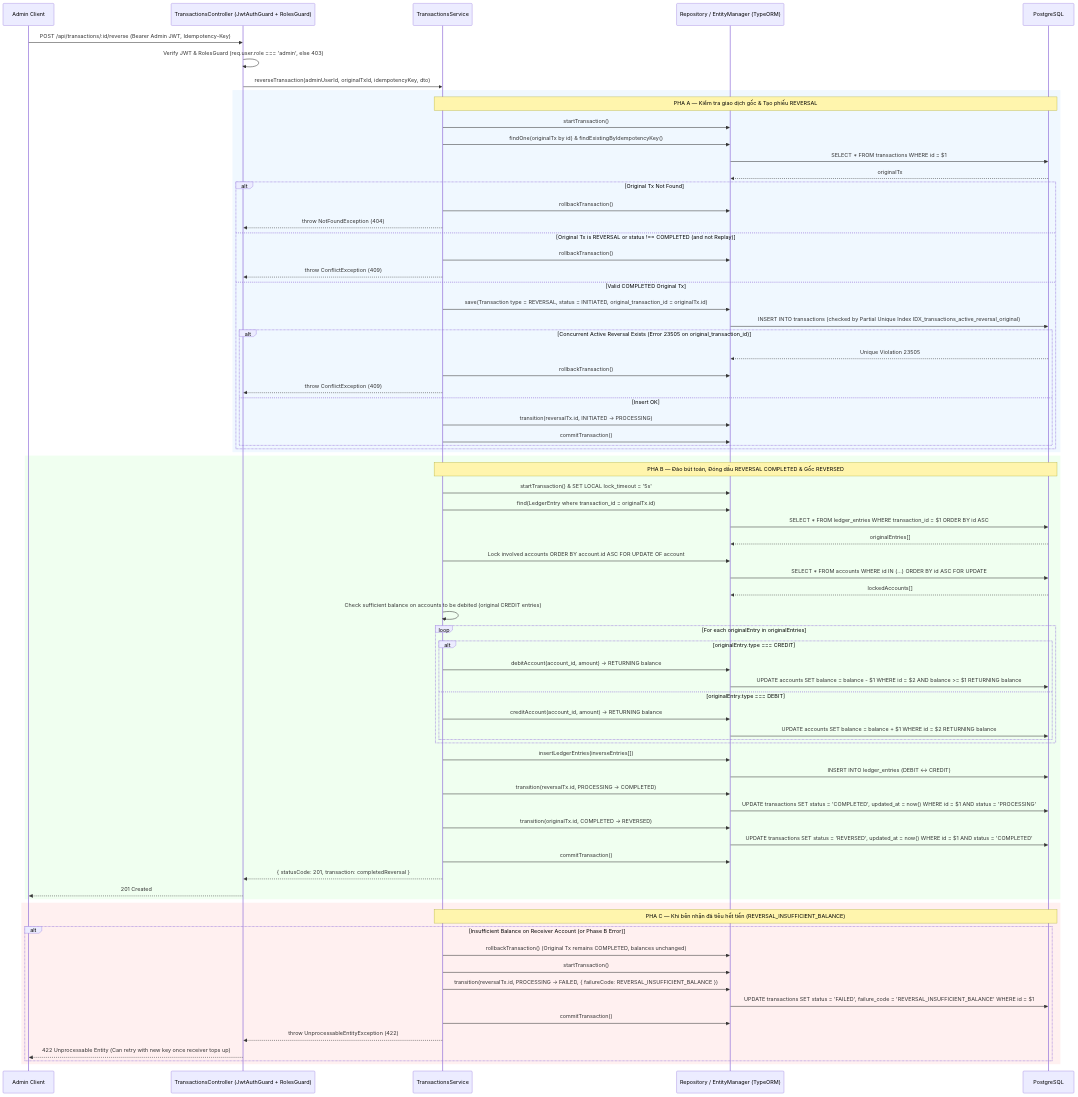
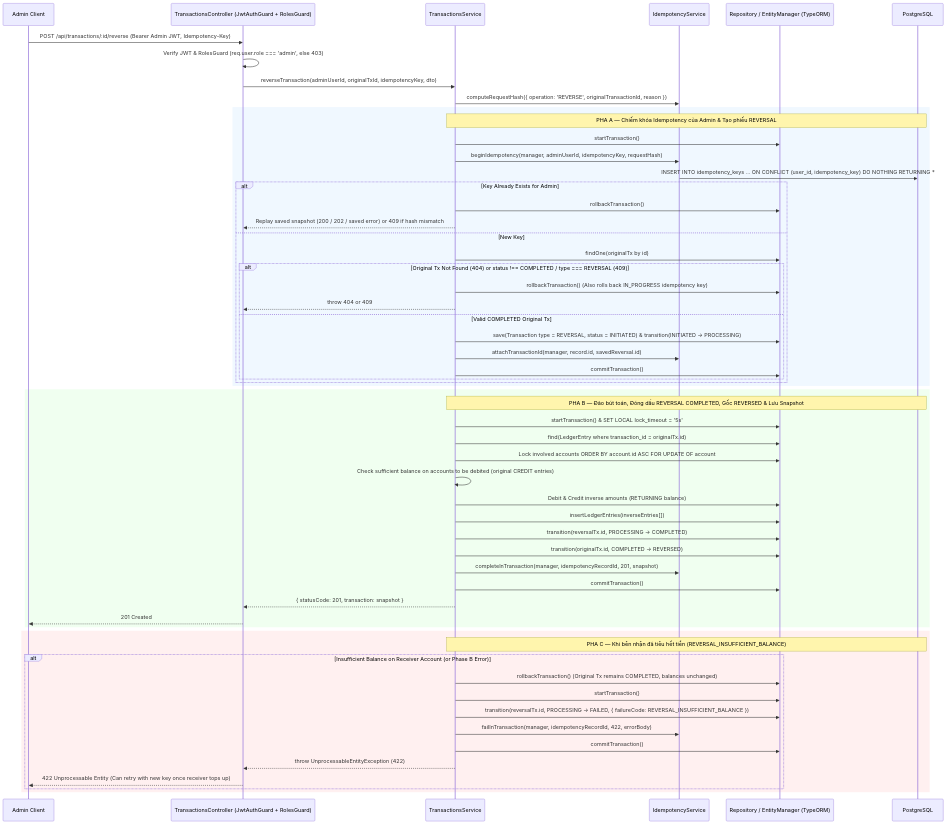
The third of 3 diagrams in docs/sequence_diagrams.md (megapig5000/Banking-app), drawn with Mermaid before and after one commit. The commit also changed other lines of this file and 22 other files, not shown here.

```diff
--- a/docs/sequence_diagrams.md
+++ b/docs/sequence_diagrams.md
@@ -136,74 +151,50 @@
     participant Client as Admin Client
     participant Controller as TransactionsController (JwtAuthGuard + RolesGuard)
     participant Service as TransactionsService
+    participant Idem as IdempotencyService
     participant Repo as Repository / EntityManager (TypeORM)
     participant DB as PostgreSQL
 
     Client->>Controller: POST /api/transactions/:id/reverse (Bearer Admin JWT, Idempotency-Key)
     Controller->>Controller: Verify JWT & RolesGuard (req.user.role === 'admin', else 403)
     Controller->>Service: reverseTransaction(adminUserId, originalTxId, idempotencyKey, dto)
+    Service->>Idem: computeRequestHash({ operation: 'REVERSE', originalTransactionId, reason })
 
     rect rgb(240, 248, 255)
-        Note over Service,DB: PHA A — Kiểm tra giao dịch gốc & Tạo phiếu REVERSAL
+        Note over Service,DB: PHA A — Chiếm khóa Idempotency của Admin & Tạo phiếu REVERSAL
         Service->>Repo: startTransaction()
-        Service->>Repo: findOne(originalTx by id) & findExistingByIdempotencyKey()
-        Repo->>DB: SELECT * FROM transactions WHERE id = $1
-        DB-->>Repo: originalTx
+        Service->>Idem: beginIdempotency(manager, adminUserId, idempotencyKey, requestHash)
+        Idem->>DB: INSERT INTO idempotency_keys ... ON CONFLICT (user_id, idempotency_key) DO NOTHING RETURNING *
 
-        alt Original Tx Not Found
+        alt Key Already Exists for Admin
             Service->>Repo: rollbackTransaction()
-            Service-->>Controller: throw NotFoundException (404)
-        else Original Tx is REVERSAL or status !== COMPLETED (and not Replay)
-            Service->>Repo: rollbackTransaction()
-            Service-->>Controller: throw ConflictException (409)
-        else Valid COMPLETED Original Tx
-            Service->>Repo: save(Transaction type = REVERSAL, status = INITIATED, original_transaction_id = originalTx.id)
-            Repo->>DB: INSERT INTO transactions (checked by Partial Unique Index IDX_transactions_active_reversal_original)
-            alt Concurrent Active Reversal Exists (Error 23505 on original_transaction_id)
-                DB-->>Repo: Unique Violation 23505
-                Service->>Repo: rollbackTransaction()
-                Service-->>Controller: throw ConflictException (409)
-            else Insert OK
-                Service->>Repo: transition(reversalTx.id, INITIATED -> PROCESSING)
+            Service-->>Controller: Replay saved snapshot (200 / 202 / saved error) or 409 if hash mismatch
+        else New Key
+            Service->>Repo: findOne(originalTx by id)
+            alt Original Tx Not Found (404) or status !== COMPLETED / type === REVERSAL (409)
+                Service->>Repo: rollbackTransaction() (Also rolls back IN_PROGRESS idempotency key)
+                Service-->>Controller: throw 404 or 409
+            else Valid COMPLETED Original Tx
+                Service->>Repo: save(Transaction type = REVERSAL, status = INITIATED) & transition(INITIATED -> PROCESSING)
+                Service->>Idem: attachTransactionId(manager, record.id, savedReversal.id)
                 Service->>Repo: commitTransaction()
             end
         end
     end
 
     rect rgb(240, 255, 240)
-        Note over Service,DB: PHA B — Đảo bút toán, Đóng dấu REVERSAL COMPLETED & Gốc REVERSED
+        Note over Service,DB: PHA B — Đảo bút toán, Đóng dấu REVERSAL COMPLETED, Gốc REVERSED & Lưu Snapshot
         Service->>Repo: startTransaction() & SET LOCAL lock_timeout = '5s'
         Service->>Repo: find(LedgerEntry where transaction_id = originalTx.id)
-        Repo->>DB: SELECT * FROM ledger_entries WHERE transaction_id = $1 ORDER BY id ASC
-        DB-->>Repo: originalEntries[]
-
         Service->>Repo: Lock involved accounts ORDER BY account.id ASC FOR UPDATE OF account
-        Repo->>DB: SELECT * FROM accounts WHERE id IN (...) ORDER BY id ASC FOR UPDATE
-        DB-->>Repo: lockedAccounts[]
-
         Service->>Service: Check sufficient balance on accounts to be debited (original CREDIT entries)
-
-        loop For each originalEntry in originalEntries
-            alt originalEntry.type === CREDIT
-                Service->>Repo: debitAccount(account_id, amount) -> RETURNING balance
-                Repo->>DB: UPDATE accounts SET balance = balance - $1 WHERE id = $2 AND balance >= $1 RETURNING balance
-            else originalEntry.type === DEBIT
-                Service->>Repo: creditAccount(account_id, amount) -> RETURNING balance
-                Repo->>DB: UPDATE accounts SET balance = balance + $1 WHERE id = $2 RETURNING balance
-            end
-        end
-
+        Service->>Repo: Debit & Credit inverse amounts (RETURNING balance)
         Service->>Repo: insertLedgerEntries(inverseEntries[])
-        Repo->>DB: INSERT INTO ledger_entries (DEBIT <-> CREDIT)
-
         Service->>Repo: transition(reversalTx.id, PROCESSING -> COMPLETED)
-        Repo->>DB: UPDATE transactions SET status = 'COMPLETED', updated_at = now() WHERE id = $1 AND status = 'PROCESSING'
-
         Service->>Repo: transition(originalTx.id, COMPLETED -> REVERSED)
-        Repo->>DB: UPDATE transactions SET status = 'REVERSED', updated_at = now() WHERE id = $1 AND status = 'COMPLETED'
-
+        Service->>Idem: completeInTransaction(manager, idempotencyRecordId, 201, snapshot)
         Service->>Repo: commitTransaction()
-        Service-->>Controller: { statusCode: 201, transaction: completedReversal }
+        Service-->>Controller: { statusCode: 201, transaction: snapshot }
         Controller-->>Client: 201 Created
     end
 
@@ -213,7 +204,7 @@
             Service->>Repo: rollbackTransaction() (Original Tx remains COMPLETED, balances unchanged)
             Service->>Repo: startTransaction()
             Service->>Repo: transition(reversalTx.id, PROCESSING -> FAILED, { failureCode: REVERSAL_INSUFFICIENT_BALANCE })
-            Repo->>DB: UPDATE transactions SET status = 'FAILED', failure_code = 'REVERSAL_INSUFFICIENT_BALANCE' WHERE id = $1
+            Service->>Idem: failInTransaction(manager, idempotencyRecordId, 422, errorBody)
             Service->>Repo: commitTransaction()
             Service-->>Controller: throw UnprocessableEntityException (422)
             Controller-->>Client: 422 Unprocessable Entity (Can retry with new key once receiver tops up)
```
